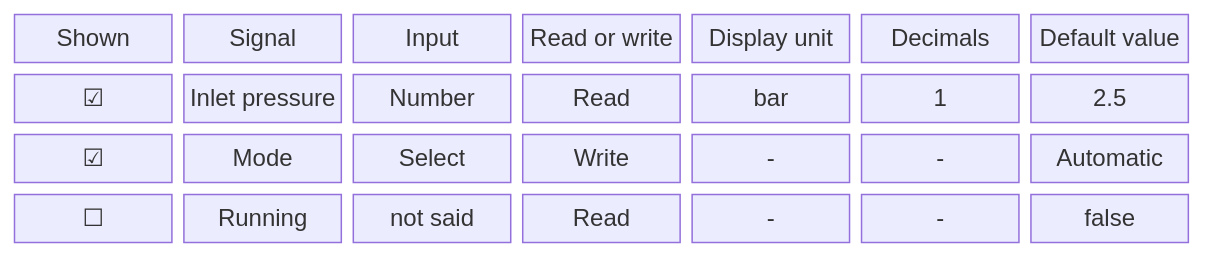
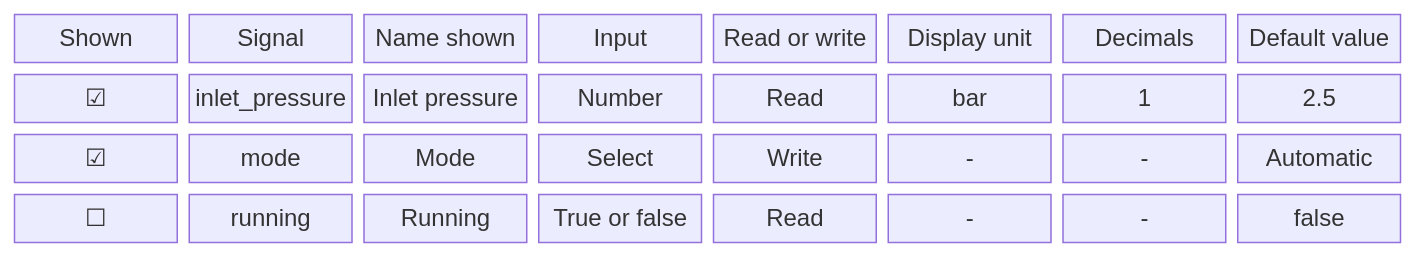
Before and after one commit to AlexandreGallais/synoptic-studio-spec: the second of 4 diagrams in metadata/09-presets.md, drawn with Mermaid. The commit also changed other lines of this file and 11 other files, not shown here.

````diff
--- a/metadata/09-presets.md
+++ b/metadata/09-presets.md
@@ -64,8 +66,8 @@
 ```mermaid
 block-beta
-    columns 7
-    h1["Shown"] h2["Signal"] h3["Input"] h4["Read or write"] h5["Display unit"] h6["Decimals"] h7["Default value"]
-    a1["☑"] a2["Inlet pressure"] a3["Number"] a4["Read"] a5["bar"] a6["1"] a7["2.5"]
-    b1["☑"] b2["Mode"] b3["Select"] b4["Write"] b5["-"] b6["-"] b7["Automatic"]
-    c1["☐"] c2["Running"] c3["not said"] c4["Read"] c5["-"] c6["-"] c7["false"]
+    columns 8
+    h1["Shown"] h2["Signal"] h0["Name shown"] h3["Input"] h4["Read or write"] h5["Display unit"] h6["Decimals"] h7["Default value"]
+    a1["☑"] a2["inlet_pressure"] a0["Inlet pressure"] a3["Number"] a4["Read"] a5["bar"] a6["1"] a7["2.5"]
+    b1["☑"] b2["mode"] b0["Mode"] b3["Select"] b4["Write"] b5["-"] b6["-"] b7["Automatic"]
+    c1["☐"] c2["running"] c0["Running"] c3["True or false"] c4["Read"] c5["-"] c6["-"] c7["false"]
 ```
````
